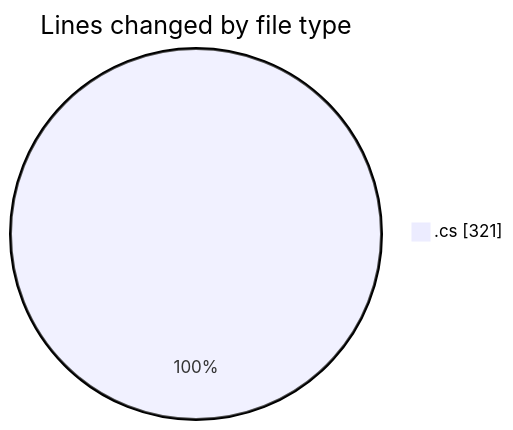
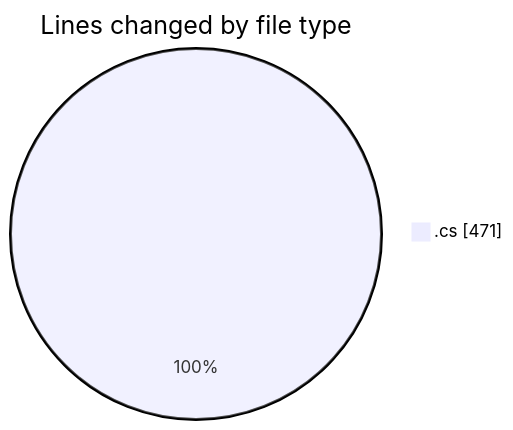
The first of 2 diagrams in 2025-03-21/back-end/README.md (Netris89/code-tracking), drawn with Mermaid before and after one commit. The commit also changed other lines of this file and 1 other file, not shown here.

````diff
--- a/2025-03-21/back-end/README.md
+++ b/2025-03-21/back-end/README.md
@@ -21,5 +21,5 @@
 ```mermaid
 pie showData
 title Lines changed by file type
-".cs" : 321
+".cs" : 471
 ```
````
